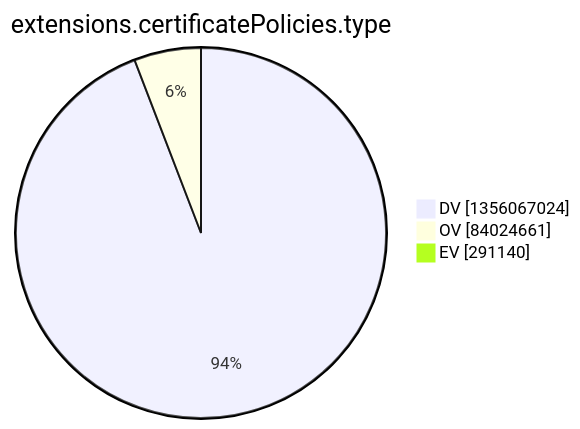
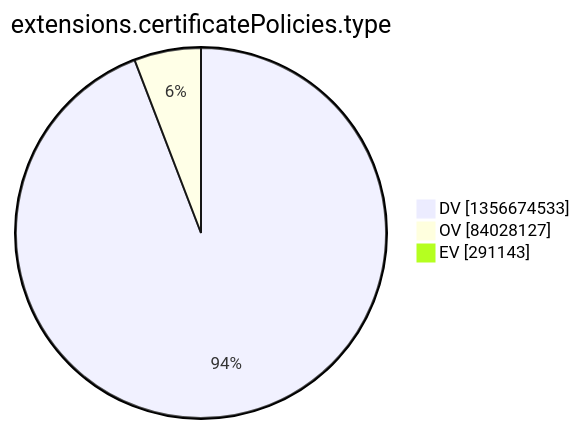
The tenth of 15 diagrams in argon2022/README.md (christiankrug/ctmonitor_visualization), drawn with Mermaid before and after one commit. The commit also changed other lines of this file, not shown here.

````diff
--- a/argon2022/README.md
+++ b/argon2022/README.md
@@ -2773,7 +2773,7 @@
 ```mermaid
 pie showData
 title extensions.certificatePolicies.type
-"DV" :1356067024
-"OV" :84024661
-"EV" :291140
+"DV" :1356674533
+"OV" :84028127
+"EV" :291143
 ```
````
